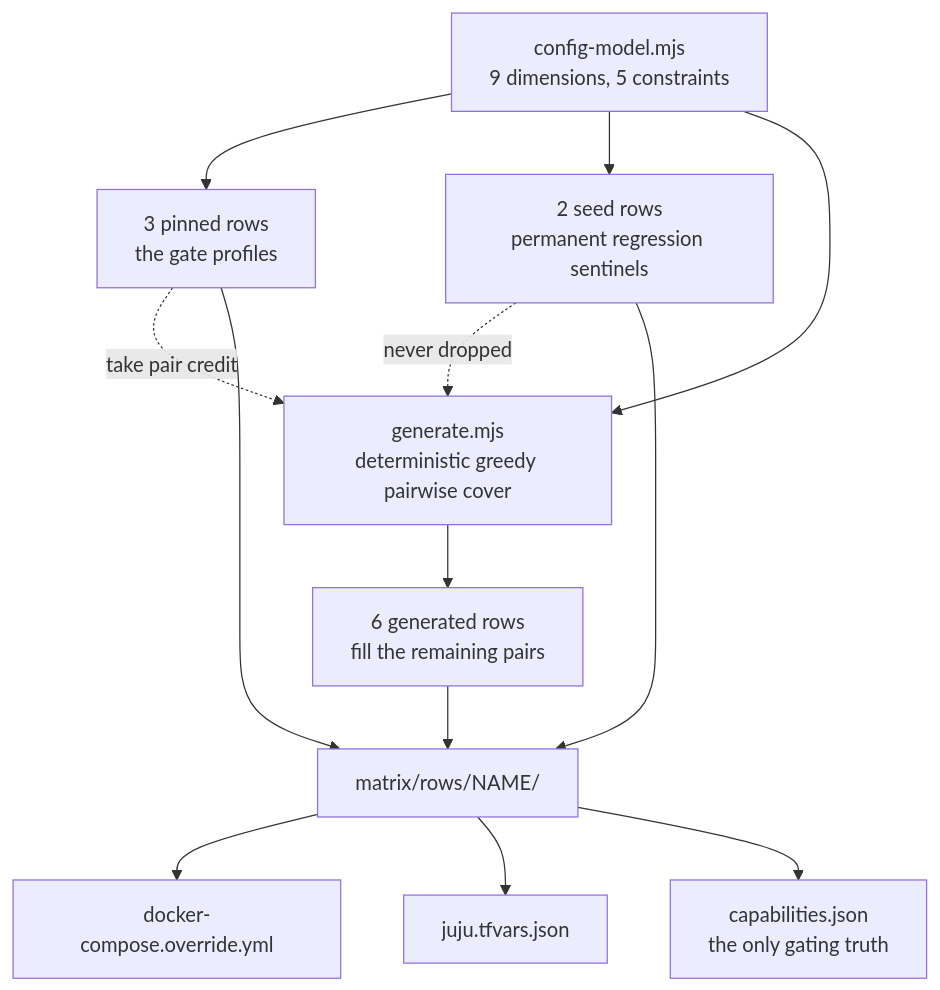
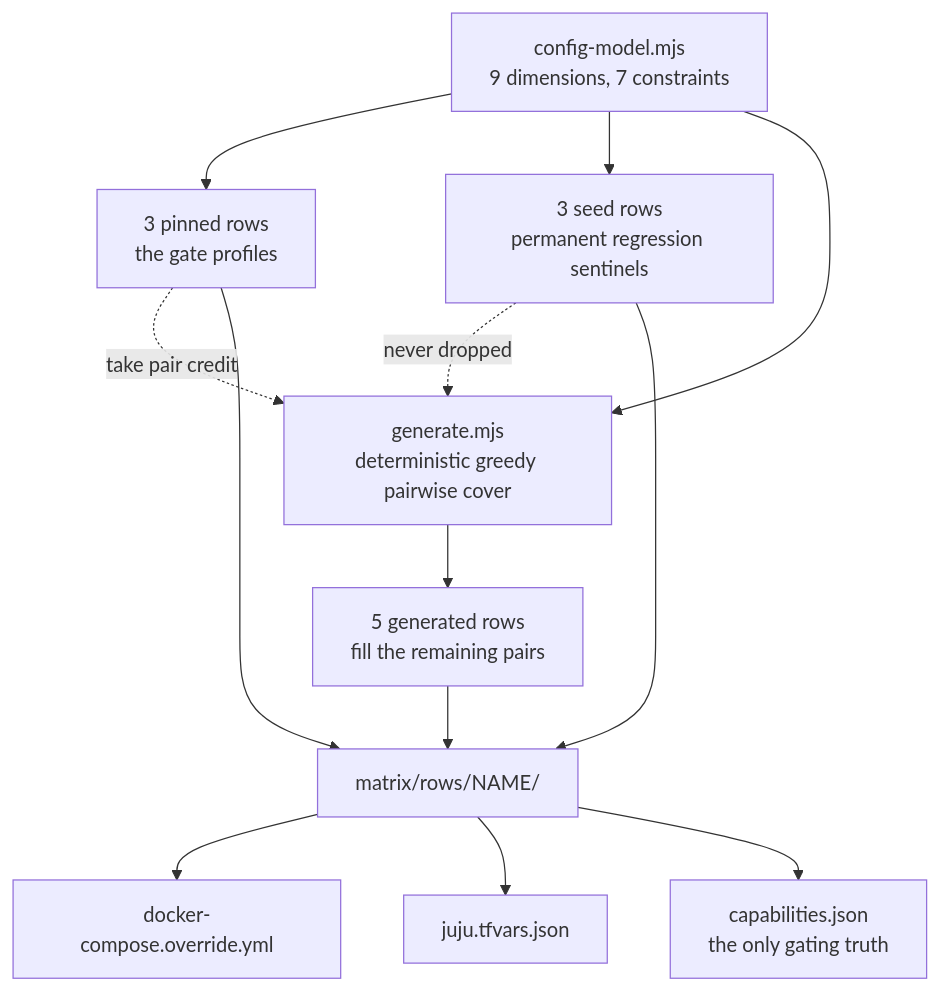
The second of 5 diagrams in docs/testing-spec.md (canonical/canonical-identity-platform-testing), drawn with Mermaid before and after one commit. The commit also changed other lines of this file and 28 other files, not shown here.

First line of the commit message:
fix(matrix): nightly compose lane — retire unadministrable and target-bound rows at the model

````diff
--- a/docs/testing-spec.md
+++ b/docs/testing-spec.md
@@ -147,15 +159,15 @@
 ```mermaid
 flowchart TD
-  M["config-model.mjs<br/>9 dimensions, 5 constraints"] --> P["3 pinned rows<br/>the gate profiles"]
-  M --> S["2 seed rows<br/>permanent regression sentinels"]
+  M["config-model.mjs<br/>9 dimensions, 7 constraints"] --> P["3 pinned rows<br/>the gate profiles"]
+  M --> S["3 seed rows<br/>permanent regression sentinels"]
   M --> G["generate.mjs<br/>deterministic greedy pairwise cover"]
   P -.->|take pair credit| G
   S -.->|never dropped| G
-  G --> X["6 generated rows<br/>fill the remaining pairs"]
+  G --> X["5 generated rows<br/>fill the remaining pairs"]
   P --> R["matrix/rows/NAME/"]
   S --> R
   X --> R
   R --> C["docker-compose.override.yml"]
   R --> J["juju.tfvars.json"]
   R --> K["capabilities.json<br/>the only gating truth"]
 ```
````
